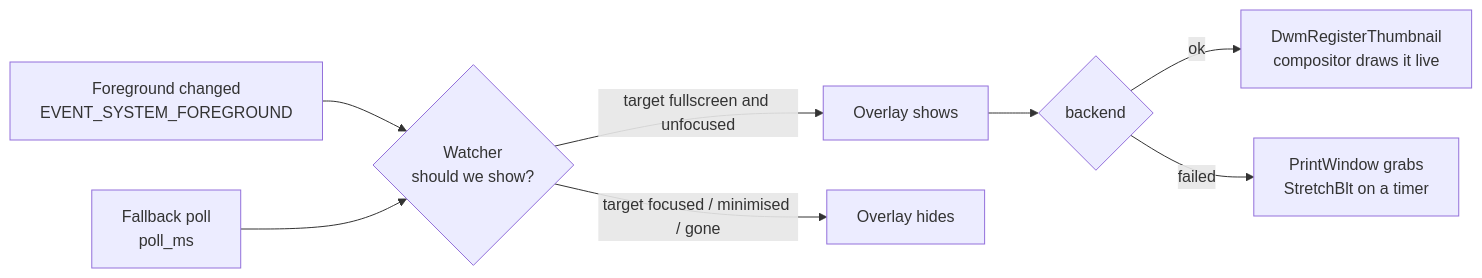
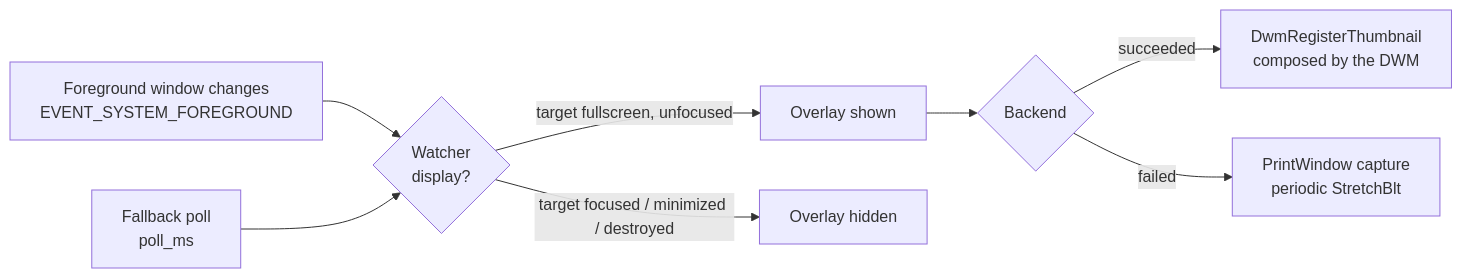
One commit to markliu12/sidepeek changed the diagram in README.md. Above: the diagram before and after it, drawn with Mermaid. The commit also changed other lines of this file and 1 other file, not shown here.

First line of the commit message:
docs: rewrite both READMEs in a formal technical register (#4)

````diff
--- a/README.md
+++ b/README.md
@@ -136,10 +168,10 @@
 ```mermaid
 flowchart LR
-    A[Foreground changed<br/>EVENT_SYSTEM_FOREGROUND] --> B{Watcher<br/>should we show?}
+    A[Foreground window changes<br/>EVENT_SYSTEM_FOREGROUND] --> B{Watcher<br/>display?}
     T[Fallback poll<br/>poll_ms] --> B
-    B -- target fullscreen and unfocused --> C[Overlay shows]
-    B -- target focused / minimised / gone --> D[Overlay hides]
-    C --> E{backend}
-    E -- ok --> F[DwmRegisterThumbnail<br/>compositor draws it live]
-    E -- failed --> G[PrintWindow grabs<br/>StretchBlt on a timer]
+    B -- target fullscreen, unfocused --> C[Overlay shown]
+    B -- target focused / minimized / destroyed --> D[Overlay hidden]
+    C --> E{Backend}
+    E -- succeeded --> F[DwmRegisterThumbnail<br/>composed by the DWM]
+    E -- failed --> G[PrintWindow capture<br/>periodic StretchBlt]
 ```
````
